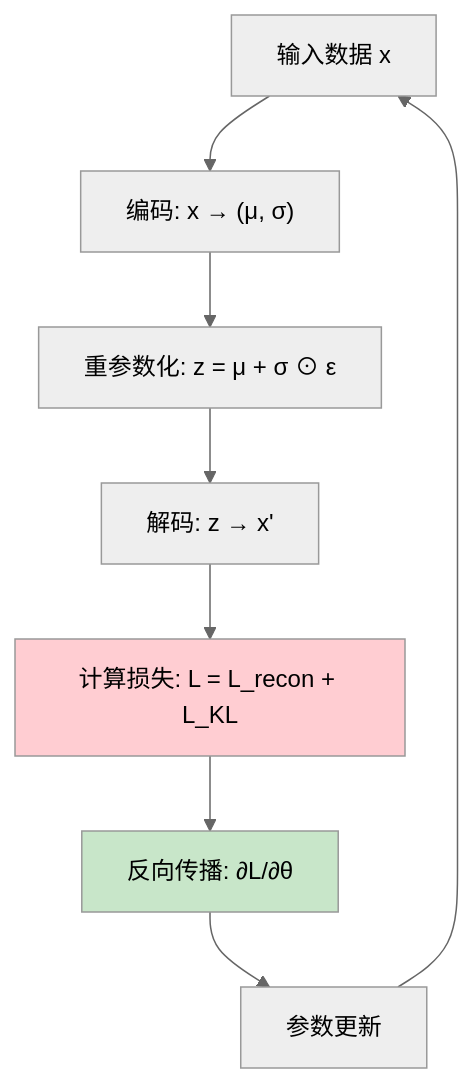
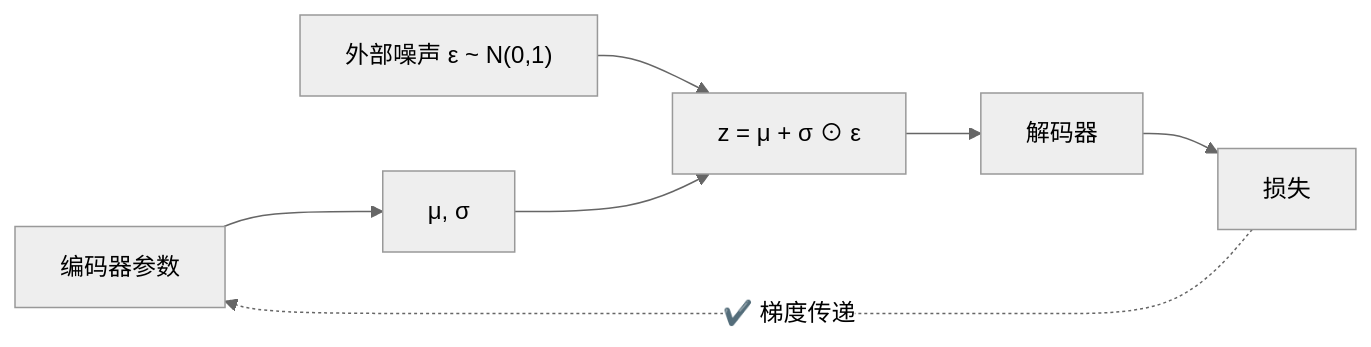
One commit to fenixsoft/dmla changed the sixth of 6 diagrams in docs/deep-learning/generative-models/vae.md. Above: the diagram before and after it, drawn with Mermaid (neutral theme). The commit also changed other lines of this file and 20 other files, not shown here.

````diff
--- a/docs/deep-learning/generative-models/vae.md
+++ b/docs/deep-learning/generative-models/vae.md
@@ -480,13 +177,9 @@
-```mermaid
-graph TB
-    A["输入数据 x"] --> B["编码: x → (μ, σ)"]
-    B --> C["重参数化: z = μ + σ ⊙ ε"]
-    C --> D["解码: z → x'"]
-    D --> E["计算损失: L = L_recon + L_KL"]
-    E --> F["反向传播: ∂L/∂θ"]
-    F --> G["参数更新"]
-    G --> A
-    
-    style E fill:#ffcdd2
-    style F fill:#c8e6c9
+```mermaid compact
+graph LR
+    B1["编码器参数"] --> B2["μ, σ"]
+    B3["外部噪声 ε ~ N(0,1)"] --> B4["z = μ + σ ⊙ ε"]
+    B2 --> B4
+    B4 --> B5["解码器"]
+    B5 --> B6["损失"]
+    B6 -.->|"✔️ 梯度传递"| B1
 ```
````
